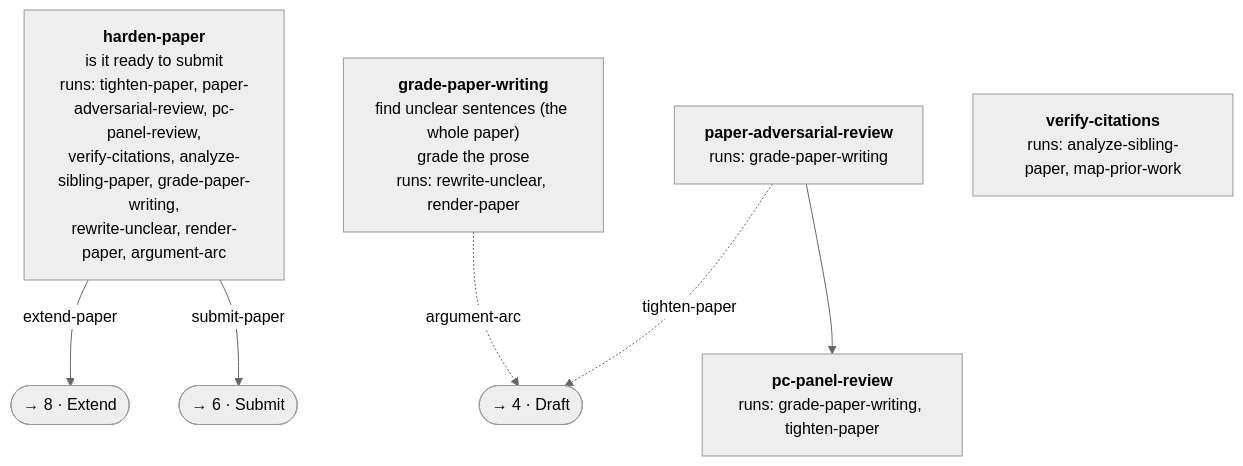
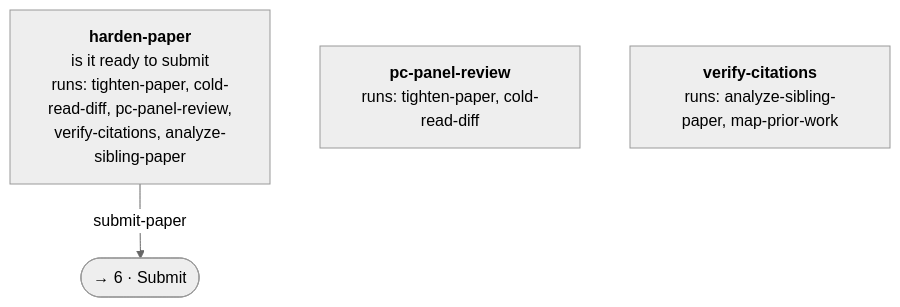
One commit to zernie/paperlint changed the sixth of 9 diagrams in docs/pipeline.md. Above: the diagram before and after it, drawn with Mermaid (neutral theme). The commit also changed other lines of this file and 145 other files, not shown here.

````diff
--- a/docs/pipeline.md
+++ b/docs/pipeline.md
@@ -148,16 +137,8 @@
 ```mermaid
 flowchart TB
-  grade_paper_writing["<b>grade-paper-writing</b><br/>find unclear sentences (the whole paper)<br/>grade the prose<br/>runs: rewrite-unclear, render-paper"]
-  harden_paper["<b>harden-paper</b><br/>is it ready to submit<br/>runs: tighten-paper, paper-adversarial-review, pc-panel-review,<br/>verify-citations, analyze-sibling-paper, grade-paper-writing,<br/>rewrite-unclear, render-paper, argument-arc"]
-  paper_adversarial_review["<b>paper-adversarial-review</b><br/>runs: grade-paper-writing"]
-  pc_panel_review["<b>pc-panel-review</b><br/>runs: grade-paper-writing, tighten-paper"]
+  harden_paper["<b>harden-paper</b><br/>is it ready to submit<br/>runs: tighten-paper, cold-read-diff, pc-panel-review,<br/>verify-citations, analyze-sibling-paper"]
+  pc_panel_review["<b>pc-panel-review</b><br/>runs: tighten-paper, cold-read-diff"]
   verify_citations["<b>verify-citations</b><br/>runs: analyze-sibling-paper, map-prior-work"]
-  paper_adversarial_review --> pc_panel_review
-  to_stage_draft(["→ 4 · Draft"])
   to_stage_submit(["→ 6 · Submit"])
-  to_stage_extend(["→ 8 · Extend"])
-  grade_paper_writing -. "argument-arc" .-> to_stage_draft
   harden_paper -- "submit-paper" --> to_stage_submit
-  harden_paper -- "extend-paper" --> to_stage_extend
-  paper_adversarial_review -. "tighten-paper" .-> to_stage_draft
 ```
````
